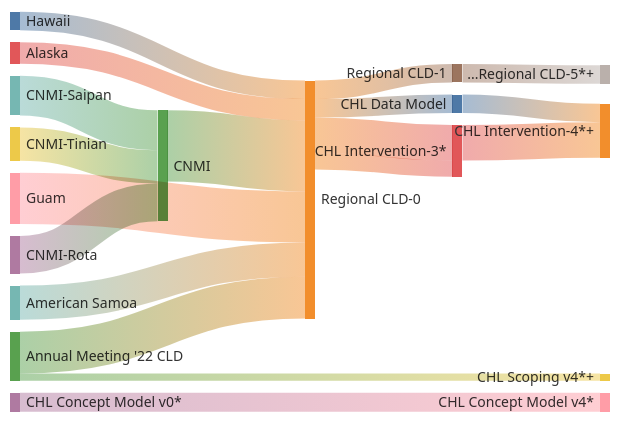
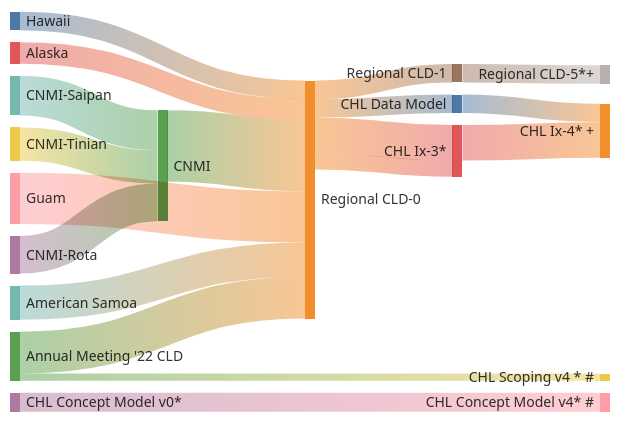
The first of 2 diagrams in CHLFS.md (CBSDLab/sandbox-mermaid), drawn with Mermaid before and after one commit. The commit also changed other lines of this file, not shown here.

````diff
--- a/CHLFS.md
+++ b/CHLFS.md
@@ -1,29 +2,27 @@
 ```mermaid
 ---
 config:
   sankey:
     showValues: false
 ---
 sankey-beta
-
-
 
 Hawaii,Regional CLD-0,26
 Alaska,Regional CLD-0,30
 CNMI-Saipan,CNMI,56
 CNMI-Tinian,CNMI,47
 CNMI-Rota,CNMI,53
 CNMI,Regional CLD-0,100
 Guam,Regional CLD-0,72
 Regional CLD-0,Regional CLD-1,26
-Regional CLD-1,...Regional CLD-5*+,26
+Regional CLD-1,Regional CLD-5*+,26
 Regional CLD-0,CHL Data Model,26
-CHL Data Model,CHL Intervention-4*+,26
-Regional CLD-0,CHL Intervention-3*,50
-Regional CLD-0,CHL Intervention-3*,23
-CHL Intervention-3*,CHL Intervention-4*+,50
+CHL Data Model,CHL Ix-4* +,26
+Regional CLD-0,CHL Ix-3*,50
+Regional CLD-0,CHL Ix-3*,23
+CHL Ix-3*,CHL Ix-4* +,50
 American Samoa,Regional CLD-0,48
 Annual Meeting '22 CLD,Regional CLD-0,59
-Annual Meeting '22 CLD,CHL Scoping v4*+,10
-CHL Concept Model v0*,CHL Concept Model v4*,27 
+Annual Meeting '22 CLD,CHL Scoping v4 * #,10
+CHL Concept Model v0*,CHL Concept Model v4* #,27 
 ```
````
